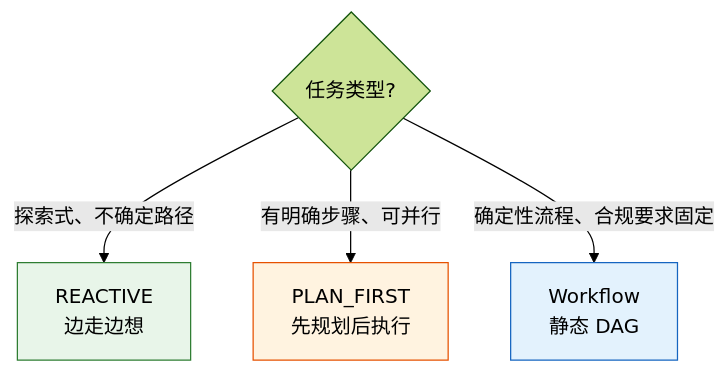
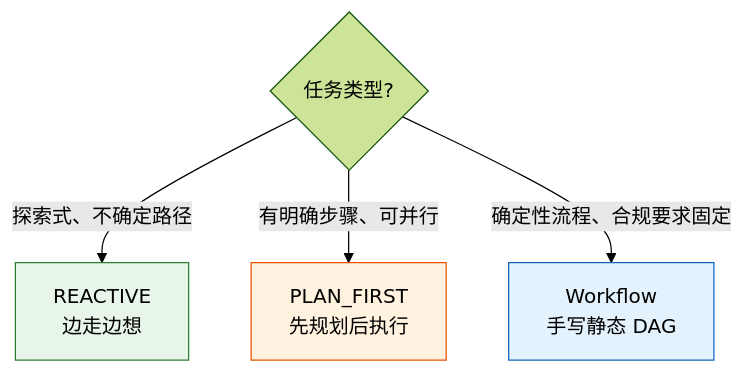
The first of 4 diagrams in docs/tour/06-plan.md (limenagent/prodagent), drawn with Mermaid (forest theme) before and after one commit. The commit also changed other lines of this file and 28 other files, not shown here.

````diff
--- a/docs/tour/06-plan.md
+++ b/docs/tour/06-plan.md
@@ -9,10 +9,9 @@
 ```mermaid
 graph TD
     Q{"任务类型?"} -->|探索式、不确定路径| R["REACTIVE<br/>边走边想"]
     Q -->|有明确步骤、可并行| P["PLAN_FIRST<br/>先规划后执行"]
-    Q -->|确定性流程、合规要求固定| W["Workflow<br/>静态 DAG"]
-
+    Q -->|确定性流程、合规要求固定| W["Workflow<br/>手写静态 DAG"]
     style R fill:#e8f5e9,stroke:#2e7d32
     style P fill:#fff3e0,stroke:#e65100
     style W fill:#e3f2fd,stroke:#1565c0
 ```
````
